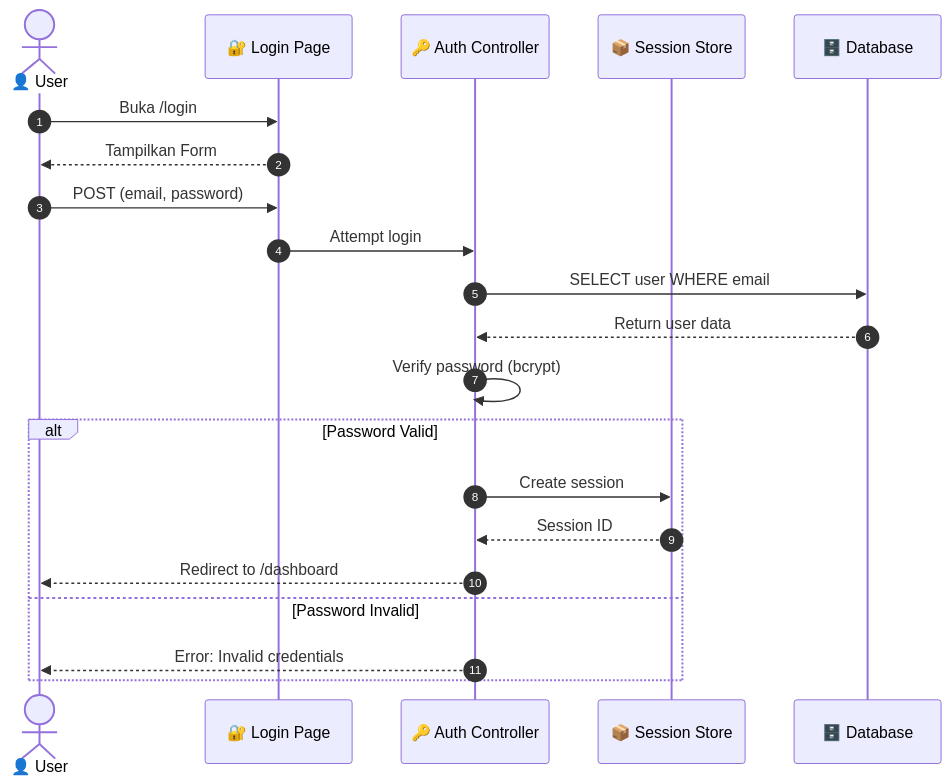
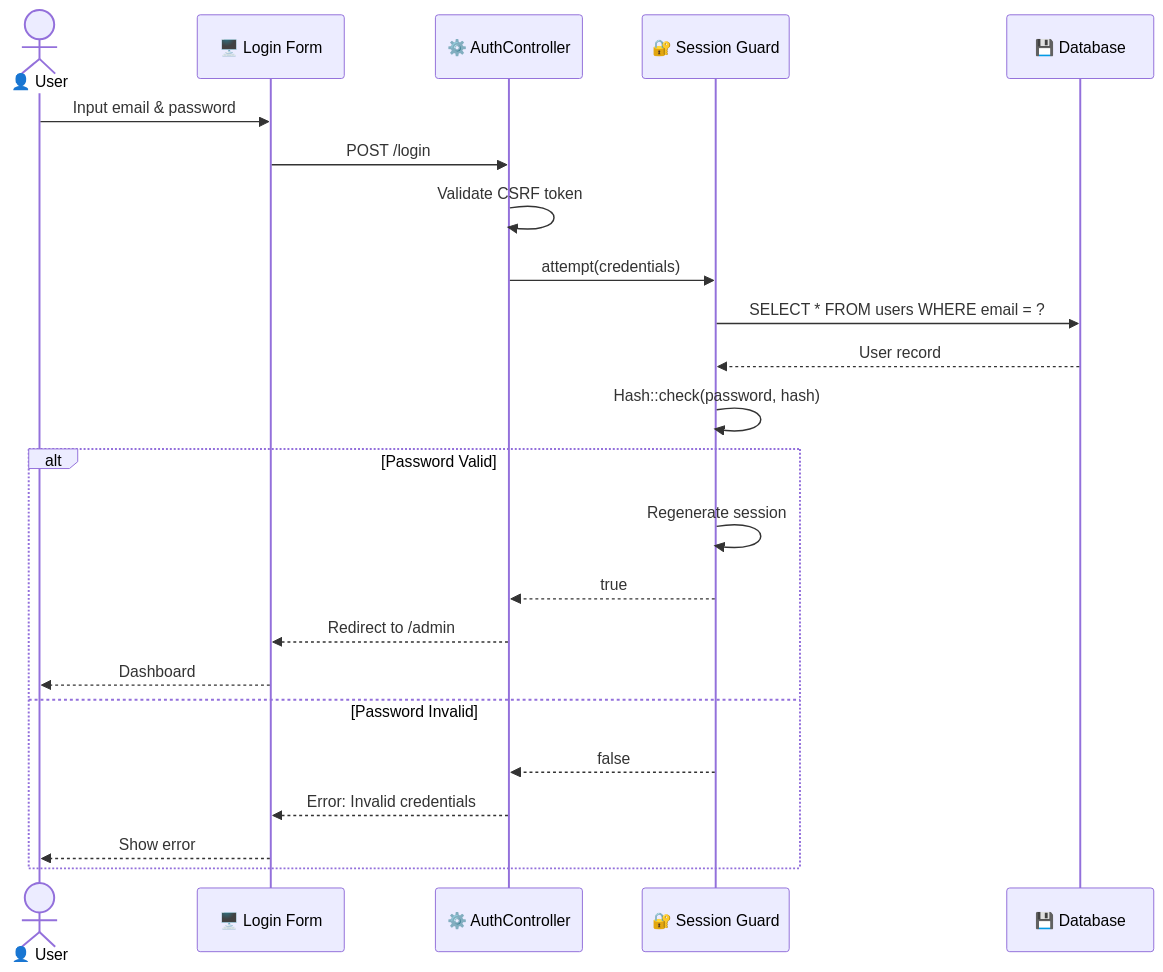
The second of 2 diagrams in docs/SECURITY_SYSTEM.md (mustarisyahding07-spec/WEBSITE_SKRIPSI_MUSTARI), drawn with Mermaid before and after one commit. The commit also changed other lines of this file and 7 other files, not shown here.

````diff
--- a/docs/SECURITY_SYSTEM.md
+++ b/docs/SECURITY_SYSTEM.md
@@ -66,25 +93,27 @@
 ```mermaid
 sequenceDiagram
-    autonumber
     actor User as 👤 User
-    participant Login as 🔐 Login Page
-    participant Auth as 🔑 Auth Controller
-    participant Session as 📦 Session Store
-    participant DB as 🗄️ Database
-
-    User->>Login: Buka /login
-    Login-->>User: Tampilkan Form
-    User->>Login: POST (email, password)
-    Login->>Auth: Attempt login
-    Auth->>DB: SELECT user WHERE email
-    DB-->>Auth: Return user data
-    Auth->>Auth: Verify password (bcrypt)
+    participant Form as 🖥️ Login Form
+    participant Auth as ⚙️ AuthController
+    participant Guard as 🔐 Session Guard
+    participant DB as 💾 Database
+    
+    User->>Form: Input email & password
+    Form->>Auth: POST /login
+    Auth->>Auth: Validate CSRF token
+    Auth->>Guard: attempt(credentials)
+    Guard->>DB: SELECT * FROM users WHERE email = ?
+    DB-->>Guard: User record
+    Guard->>Guard: Hash::check(password, hash)
     
     alt Password Valid
-        Auth->>Session: Create session
-        Session-->>Auth: Session ID
-        Auth-->>User: Redirect to /dashboard
+        Guard->>Guard: Regenerate session
+        Guard-->>Auth: true
+        Auth-->>Form: Redirect to /admin
+        Form-->>User: Dashboard
     else Password Invalid
-        Auth-->>User: Error: Invalid credentials
+        Guard-->>Auth: false
+        Auth-->>Form: Error: Invalid credentials
+        Form-->>User: Show error
     end
 ```
````
